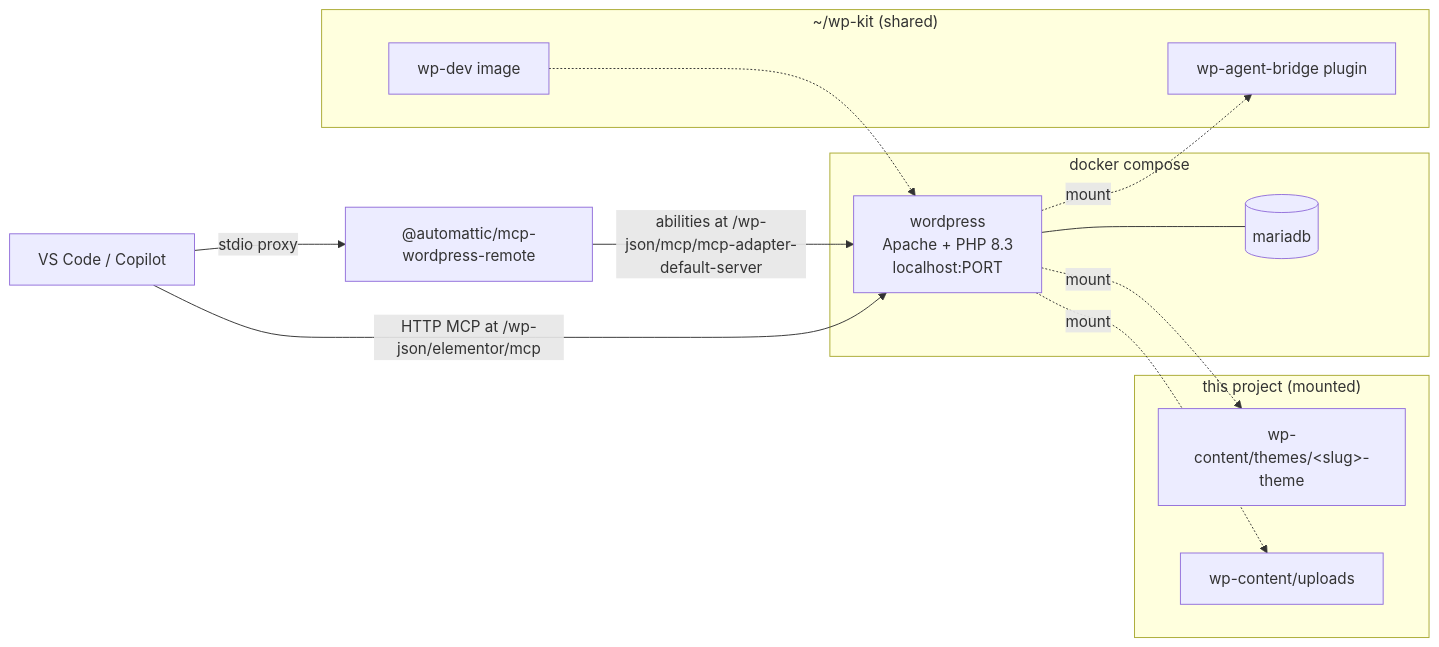
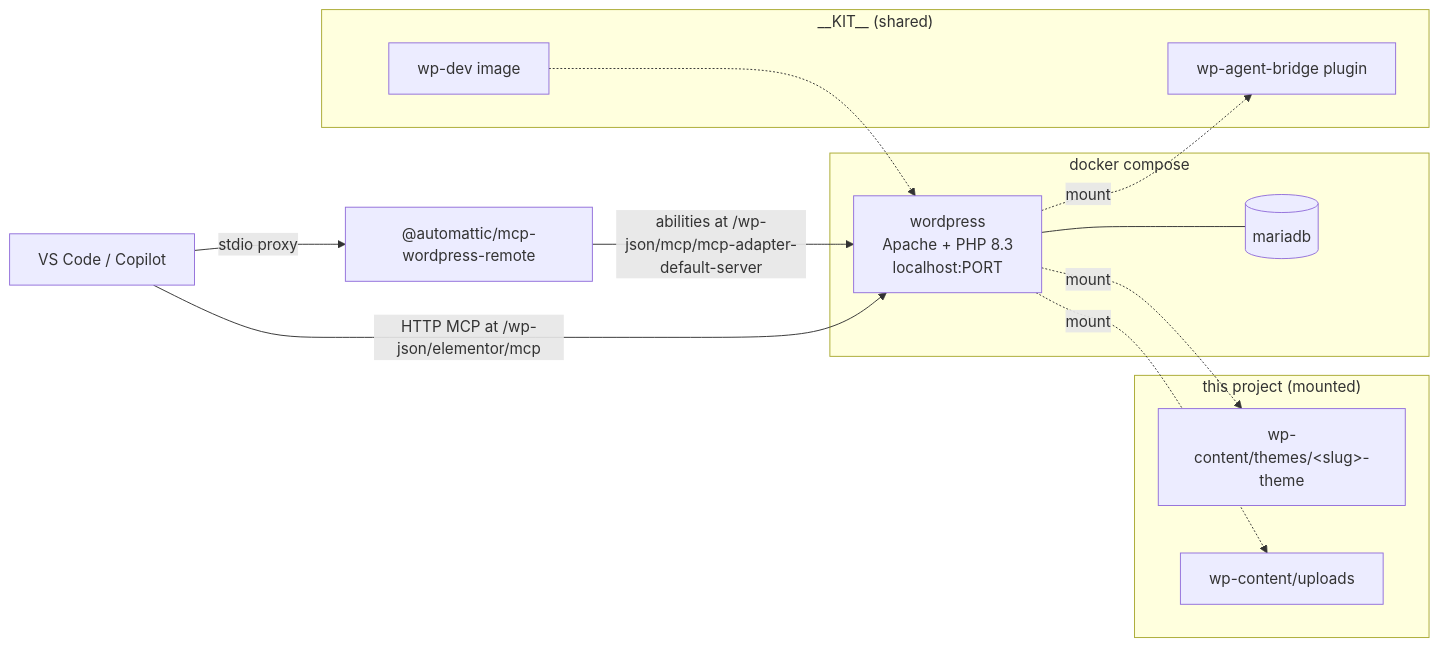
One commit to paws1234/WordpressMcpWrapper changed the diagram in docs/SETUP.md. Above: the diagram before and after it, drawn with Mermaid. The commit also changed other lines of this file and 8 other files, not shown here.

````diff
--- a/docs/SETUP.md
+++ b/docs/SETUP.md
@@ -11,29 +11,29 @@
 ```mermaid
 flowchart LR
     A["VS Code / Copilot"]
 
     subgraph docker["docker compose"]
         WP["wordpress<br/>Apache + PHP 8.3<br/>localhost:PORT"]
         DB[(mariadb)]
     end
 
-    subgraph kit["~/wp-kit (shared)"]
+    subgraph kit["__KIT__ (shared)"]
         P[wp-agent-bridge plugin]
         I["wp-dev image"]
     end
 
     subgraph project["this project (mounted)"]
         T["wp-content/themes/&lt;slug&gt;-theme"]
         U[wp-content/uploads]
     end
 
     A -->|stdio proxy| R["@automattic/mcp-wordpress-remote"]
     R -->|"abilities at /wp-json/mcp/mcp-adapter-default-server"| WP
     A -->|"HTTP MCP at /wp-json/elementor/mcp"| WP
 
     WP --- DB
     WP -.->|mount| T
     WP -.->|mount| U
     WP -.->|mount| P
     I -.-> WP
 ```
````
